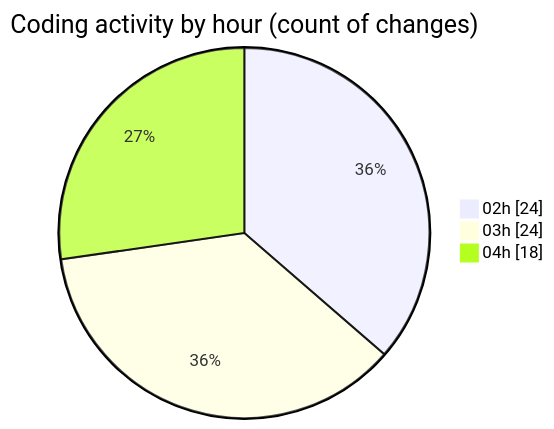
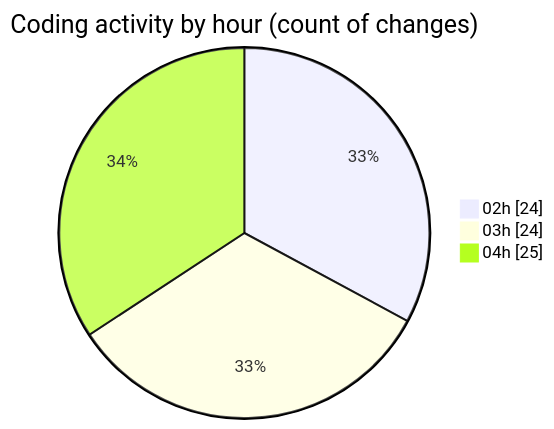
One commit to lephambinh05/code-tracking changed the second of 2 diagrams in 2025-07-23/quanlyrapchieuphim/README.md. Above: the diagram before and after it, drawn with Mermaid. The commit also changed other lines of this file and 1 other file, not shown here.

````diff
--- a/2025-07-23/quanlyrapchieuphim/README.md
+++ b/2025-07-23/quanlyrapchieuphim/README.md
@@ -38,7 +38,7 @@
 ```mermaid
 pie showData
 title Coding activity by hour (count of changes)
 "02h" : 24
 "03h" : 24
-"04h" : 18
+"04h" : 25
 ```
````
